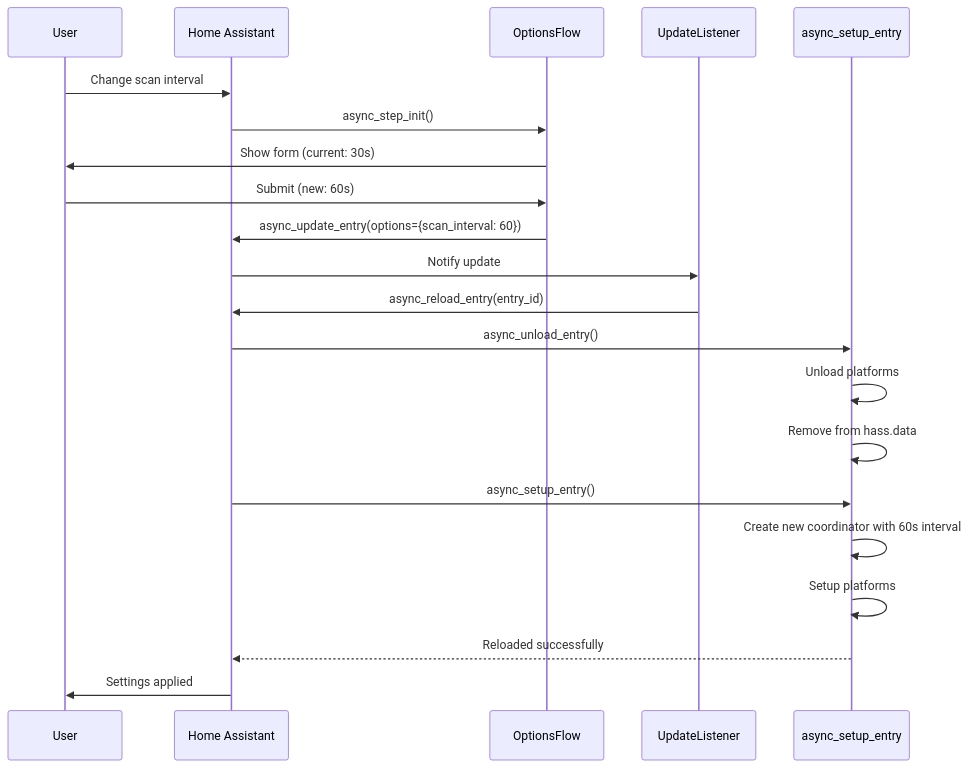
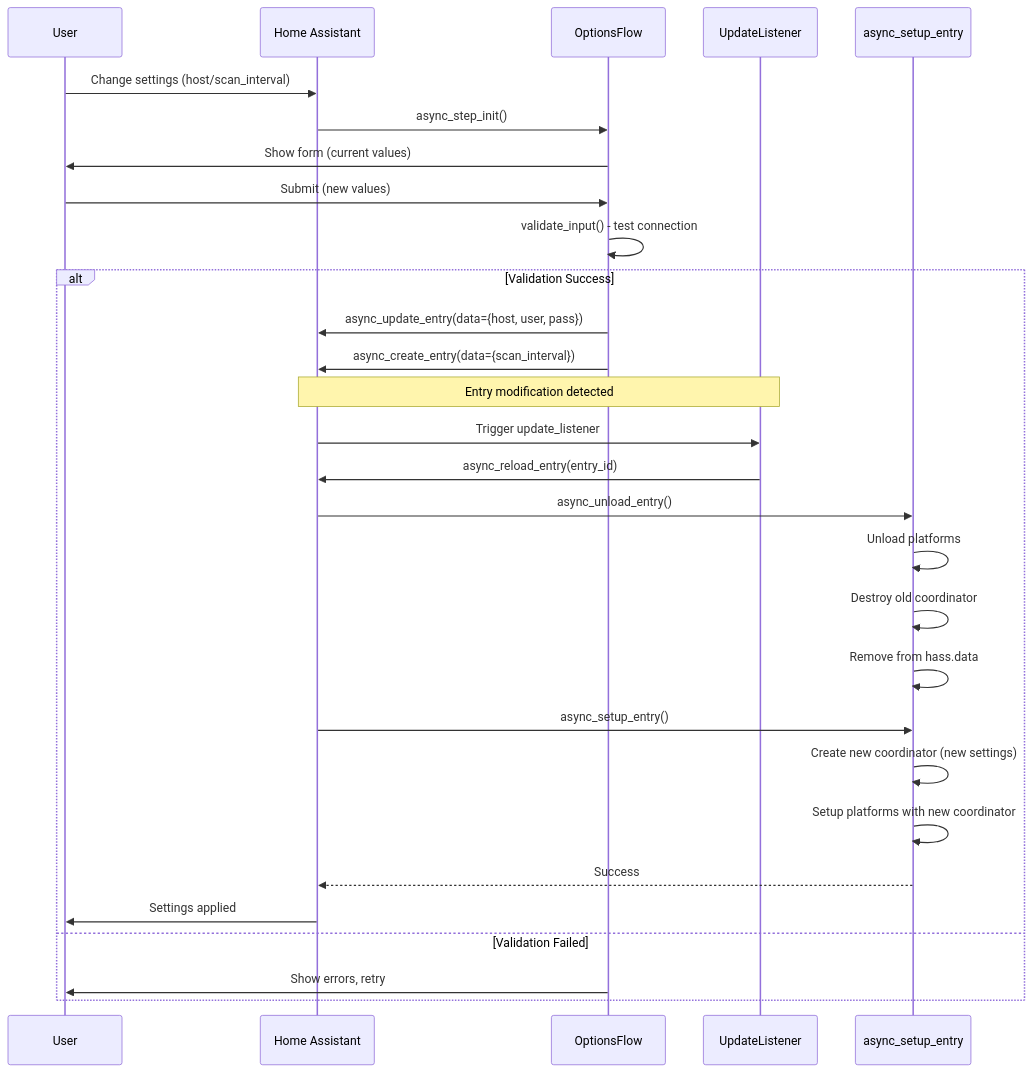
The eighth of 8 diagrams in ARCHITECTURE.md (andijakl/nrgkick-homeassistant), drawn with Mermaid before and after one commit. The commit also changed other lines of this file and 8 other files, not shown here.

````diff
--- a/ARCHITECTURE.md
+++ b/ARCHITECTURE.md
@@ -937,27 +954,38 @@
 ```mermaid
 sequenceDiagram
     participant User
     participant HA as Home Assistant
     participant Options as OptionsFlow
     participant Listener as UpdateListener
     participant Setup as async_setup_entry
 
-    User->>HA: Change scan interval
+    User->>HA: Change settings (host/scan_interval)
     HA->>Options: async_step_init()
-    Options->>User: Show form (current: 30s)
-    User->>Options: Submit (new: 60s)
-    Options->>HA: async_update_entry(options={scan_interval: 60})
+    Options->>User: Show form (current values)
+    User->>Options: Submit (new values)
+    Options->>Options: validate_input() - test connection
 
-    HA->>Listener: Notify update
-    Listener->>HA: async_reload_entry(entry_id)
+    alt Validation Success
+        Options->>HA: async_update_entry(data={host, user, pass})
+        Options->>HA: async_create_entry(data={scan_interval})
 
-    HA->>Setup: async_unload_entry()
-    Setup->>Setup: Unload platforms
-    Setup->>Setup: Remove from hass.data
+        Note over HA,Listener: Entry modification detected
 
-    HA->>Setup: async_setup_entry()
-    Setup->>Setup: Create new coordinator with 60s interval
-    Setup->>Setup: Setup platforms
-    Setup-->>HA: Reloaded successfully
-    HA->>User: Settings applied
+        HA->>Listener: Trigger update_listener
+        Listener->>HA: async_reload_entry(entry_id)
+
+        HA->>Setup: async_unload_entry()
+        Setup->>Setup: Unload platforms
+        Setup->>Setup: Destroy old coordinator
+        Setup->>Setup: Remove from hass.data
+
+        HA->>Setup: async_setup_entry()
+        Setup->>Setup: Create new coordinator (new settings)
+        Setup->>Setup: Setup platforms with new coordinator
+        Setup-->>HA: Success
+
+        HA->>User: Settings applied
+    else Validation Failed
+        Options->>User: Show errors, retry
+    end
 ```
````
